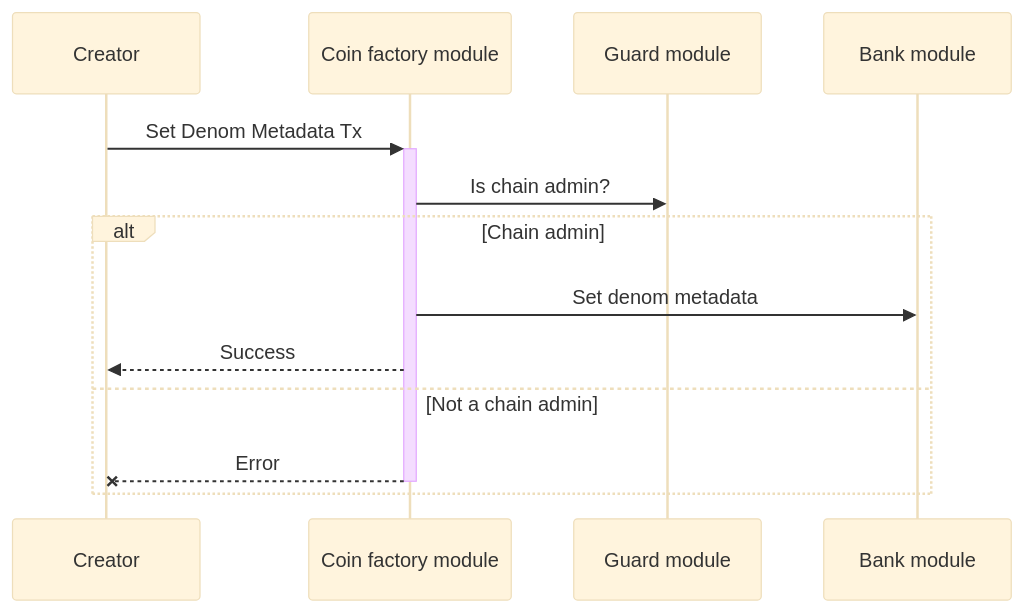
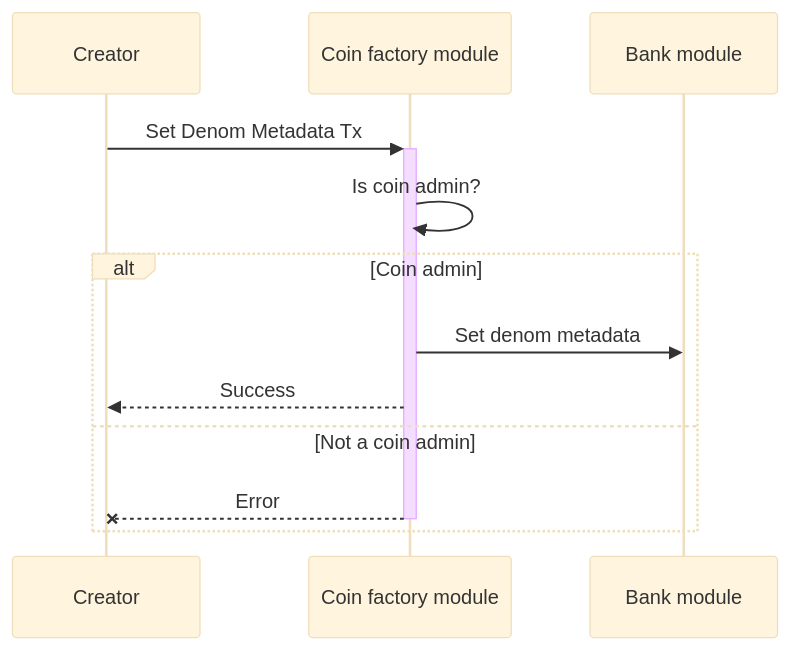
One commit to MANTRA-Chain/mantrachain changed the fifth of 6 diagrams in x/coinfactory/spec/01_txs_flows.md. Above: the diagram before and after it, drawn with Mermaid (base theme). The commit also changed other lines of this file, not shown here.

````diff
--- a/x/coinfactory/spec/01_txs_flows.md
+++ b/x/coinfactory/spec/01_txs_flows.md
@@ -77,11 +131,11 @@
 ```mermaid
 sequenceDiagram
 Creator->>+Coin factory module: Set Denom Metadata Tx
-Coin factory module->>Guard module: Is chain admin?
-alt Chain admin
+Coin factory module->>Coin factory module: Is coin admin?
+alt Coin admin
   Coin factory module->>Bank module: Set denom metadata
   Coin factory module-->>Creator: Success
-else Not a chain admin
+else Not a coin admin
   Coin factory module--x-Creator: Error
 end
 ```
````
